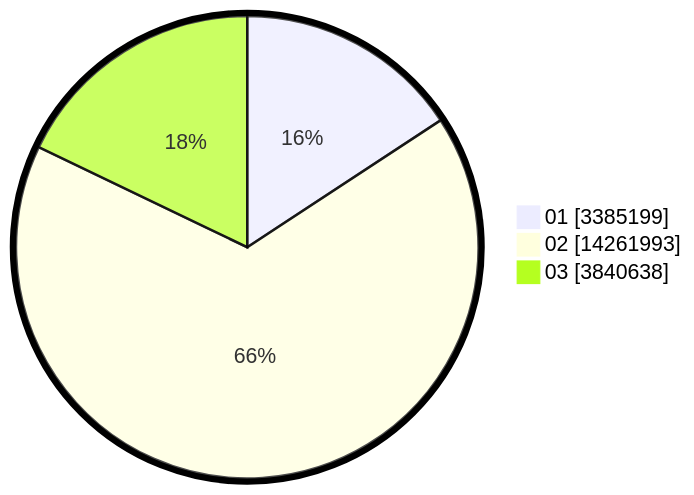
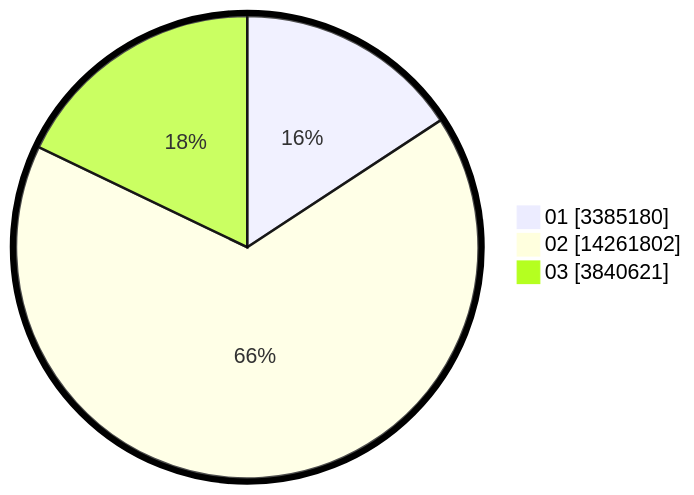
The second of 2 diagrams in pilpres/hitung-suara/sub/table-wilayah-35.md (gigit-pemilu/pemilu-2024), drawn with Mermaid before and after one commit. The commit also changed other lines of this file and 8 other files, not shown here.

````diff
--- a/pilpres/hitung-suara/sub/table-wilayah-35.md
+++ b/pilpres/hitung-suara/sub/table-wilayah-35.md
@@ -15,7 +15,7 @@
 ```mermaid
 %%{init: {"pie": {"textPosition": 0.5}, "themeVariables": {"pieOuterStrokeWidth": "5px"}} }%%
 pie showData
-    "01" : 3385199
-    "02" : 14261993
-    "03" : 3840638
+    "01" : 3385180
+    "02" : 14261802
+    "03" : 3840621
 ```
````
